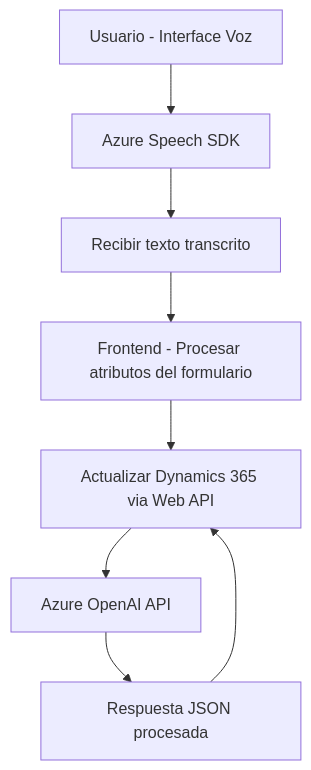
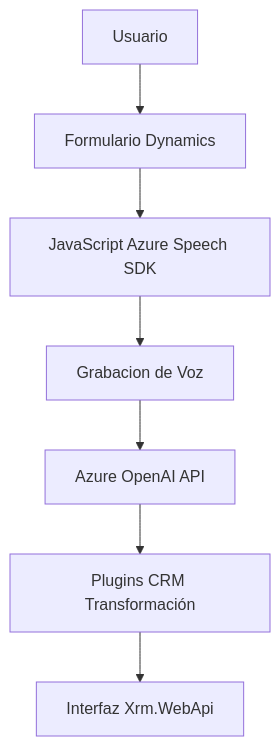
One commit to blopezdm/NETCORE_BILBAO2025 changed the diagram in README.md. Above: the diagram before and after it, drawn with Mermaid. The commit also changed other lines of this file, not shown here.

Commit message:
Actualizar análisis global de la solución con IA

````diff
--- a/README.md
+++ b/README.md
@@ -42,10 +43,16 @@
 ```mermaid
 graph TD
-    A["Usuario - Interface Voz"] --> B["Azure Speech SDK"]
-    B --> C["Recibir texto transcrito"]
-    C --> D["Frontend - Procesar atributos del formulario"]
-    D --> E["Actualizar Dynamics 365 via Web API"]
-    E --> F["Azure OpenAI API"]
-    F --> G["Respuesta JSON procesada"]
-    G --> E
+    A[Usuario]
+    B[Formulario Dynamics]
+    C[JavaScript Azure Speech SDK]
+    D[Grabacion de Voz]
+    E["Azure OpenAI API"]
+    F[Plugins CRM Transformación]
+    G[Interfaz Xrm.WebApi]
+    A --> B
+    B --> C
+    C --> D
+    D --> E
+    E --> F
+    F --> G
 ```
````
